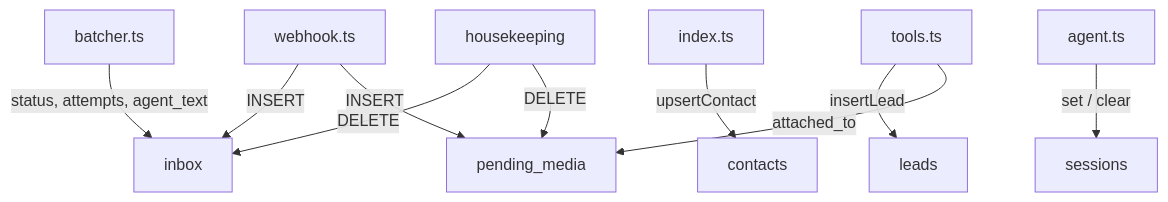
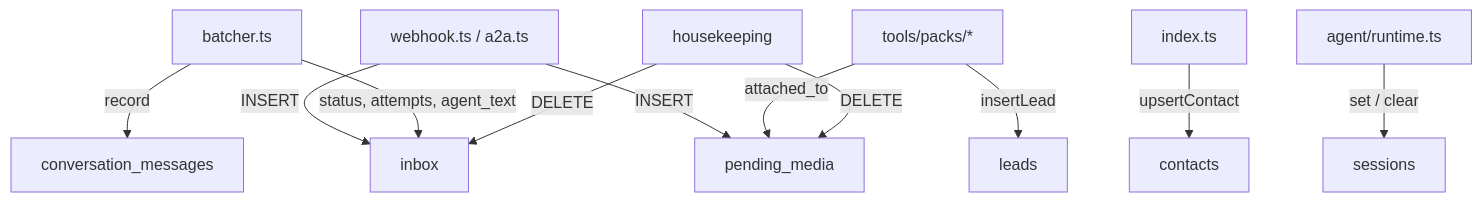
One commit to santiagoposadag/ShopifyVitrina changed the diagram in docs/03-datos/propiedad-e-indices.md. Above: the diagram before and after it, drawn with Mermaid. The commit also changed other lines of this file and 10 other files, not shown here.

````diff
--- a/docs/03-datos/propiedad-e-indices.md
+++ b/docs/03-datos/propiedad-e-indices.md
@@ -3,12 +3,13 @@
 ```mermaid
 graph TB
-    WH["webhook.ts"] -->|"INSERT"| IN["inbox"]
+    WH["webhook.ts / a2a.ts"] -->|"INSERT"| IN["inbox"]
     WH -->|"INSERT"| PM["pending_media"]
     BA["batcher.ts"] -->|"status, attempts, agent_text"| IN
+    BA -->|"record"| CM["conversation_messages"]
     IX["index.ts"] -->|"upsertContact"| CO["contacts"]
-    AG["agent.ts"] -->|"set / clear"| SE["sessions"]
-    TO["tools.ts"] -->|"insertLead"| LE["leads"]
+    RT["agent/runtime.ts"] -->|"set / clear"| SE["sessions"]
+    TO["tools/packs/*"] -->|"insertLead"| LE["leads"]
     TO -->|"attached_to"| PM
     HK["housekeeping"] -->|"DELETE"| IN
     HK -->|"DELETE"| PM
 ```
````
